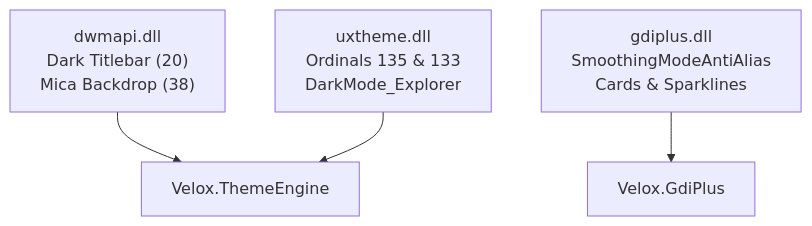
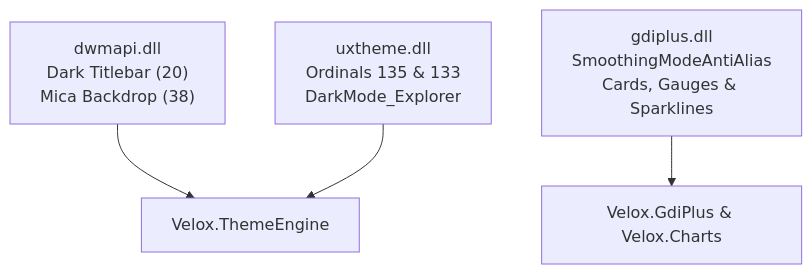
One commit to amafjarkasi/velox-ui changed the second of 3 diagrams in README.md. Above: the diagram before and after it, drawn with Mermaid. The commit also changed other lines of this file and 13 other files, not shown here.

````diff
--- a/README.md
+++ b/README.md
@@ -162,6 +218,6 @@
 ```mermaid
 flowchart TD
     DWM["dwmapi.dll\nDark Titlebar (20)\nMica Backdrop (38)"] --> TE["Velox.ThemeEngine"]
     UX["uxtheme.dll\nOrdinals 135 & 133\nDarkMode_Explorer"] --> TE
-    GP["gdiplus.dll\nSmoothingModeAntiAlias\nCards & Sparklines"] --> GE["Velox.GdiPlus"]
+    GP["gdiplus.dll\nSmoothingModeAntiAlias\nCards, Gauges & Sparklines"] --> GE["Velox.GdiPlus & Velox.Charts"]
 ```
````
